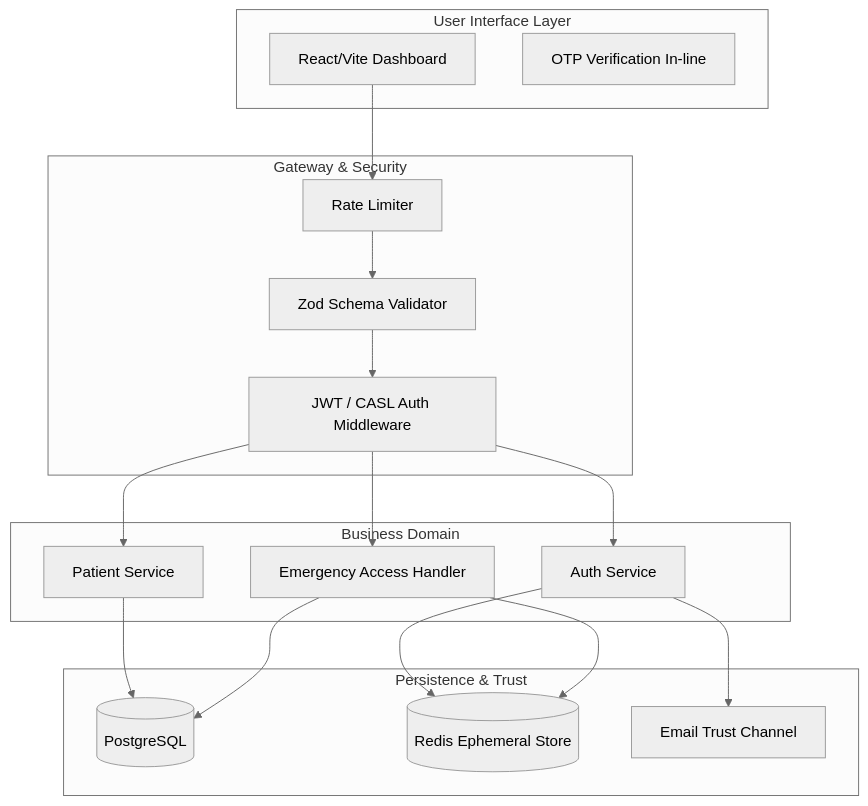
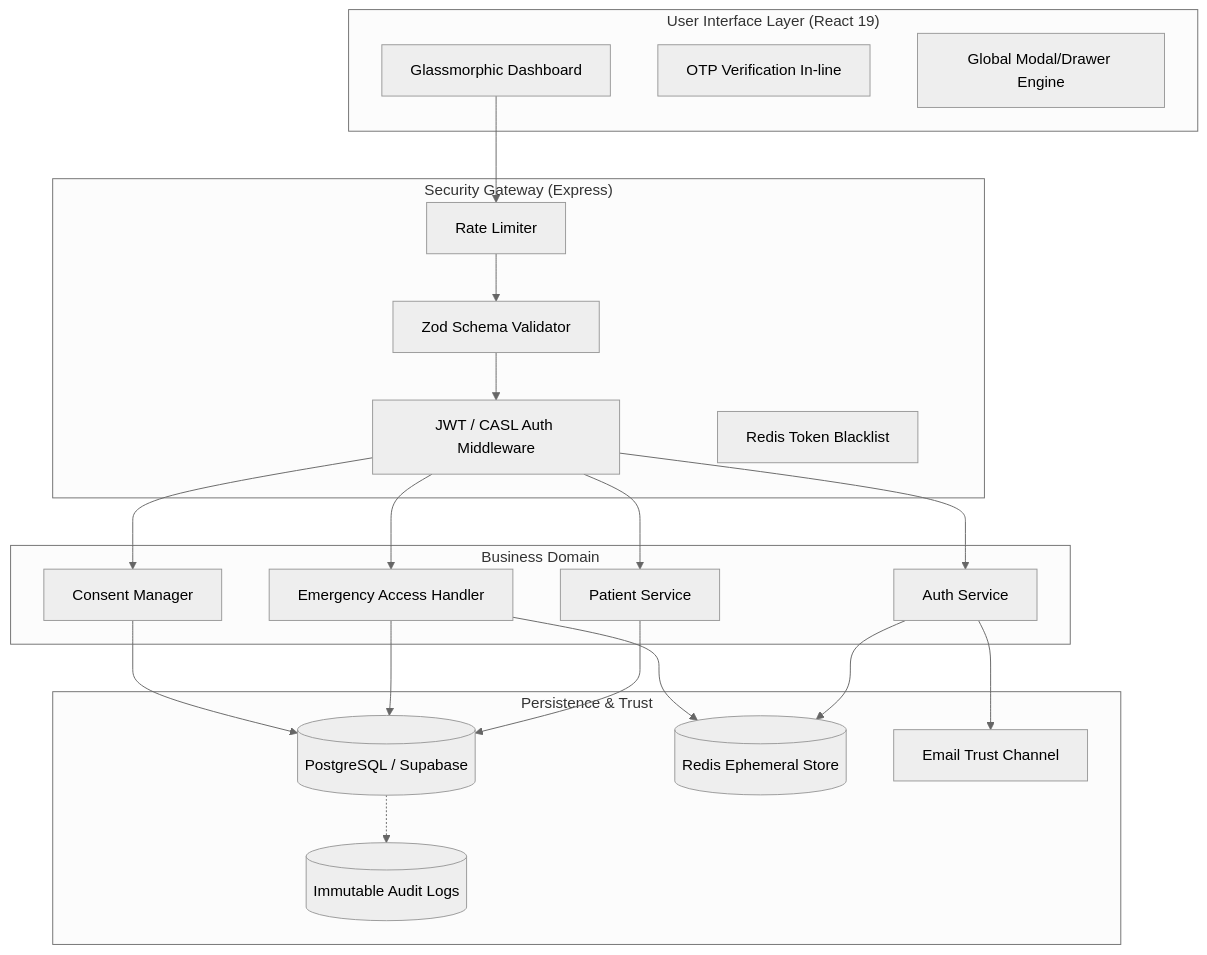
Before and after one commit to HackathonCodeBase/healthcare-auth-system: the first of 6 diagrams in README.md, drawn with Mermaid (neutral theme). The commit also changed other lines of this file and 2 other files, not shown here.

Commit message:
Updated dashboard

````diff
--- a/README.md
+++ b/README.md
@@ -24,33 +24,38 @@
 ```mermaid
 graph TD
-    subgraph Client_Space ["User Interface Layer"]
-        UI[React/Vite Dashboard]
+    subgraph Client_Space ["User Interface Layer (React 19)"]
+        UI[Glassmorphic Dashboard]
         Verify[OTP Verification In-line]
+        Modal[Global Modal/Drawer Engine]
     end
 
-    subgraph Defense_Perimeter ["Gateway & Security"]
+    subgraph Defense_Perimeter ["Security Gateway (Express)"]
         LR[Rate Limiter]
         Val[Zod Schema Validator]
         Auth[JWT / CASL Auth Middleware]
+        Blacklist[Redis Token Blacklist]
     end
 
     subgraph Service_Logic ["Business Domain"]
         AS[Auth Service]
         PS[Patient Service]
+        CS[Consent Manager]
         ES[Emergency Access Handler]
     end
 
     subgraph Infrastructure_Layer ["Persistence & Trust"]
-        DB[(PostgreSQL)]
+        DB[(PostgreSQL / Supabase)]
         RD[(Redis Ephemeral Store)]
+        Audit[(Immutable Audit Logs)]
         SMTP[Email Trust Channel]
     end
 
     UI --> LR
     LR --> Val
     Val --> Auth
-    Auth --> AS & PS & ES
+    Auth --> AS & PS & ES & CS
     AS --> RD & SMTP
-    PS & ES --> DB
+    PS & ES & CS --> DB
     ES --> RD
+    DB -.-> Audit
 ```
````
